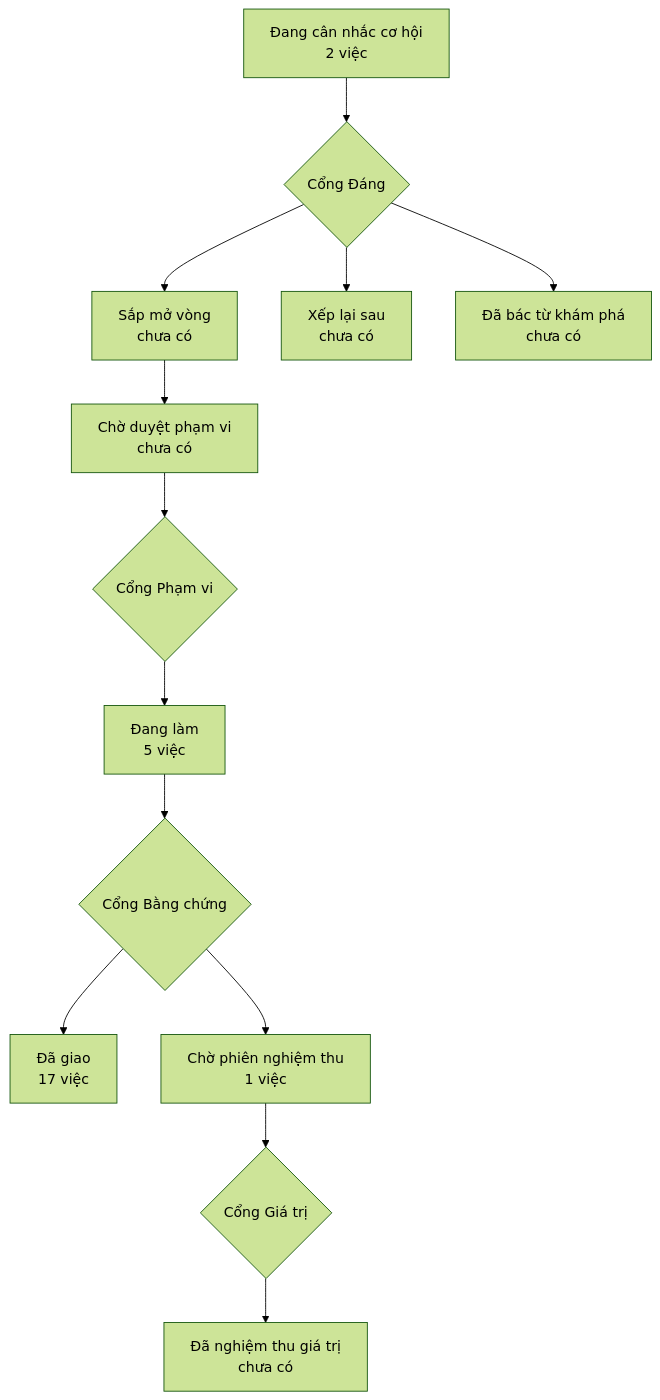
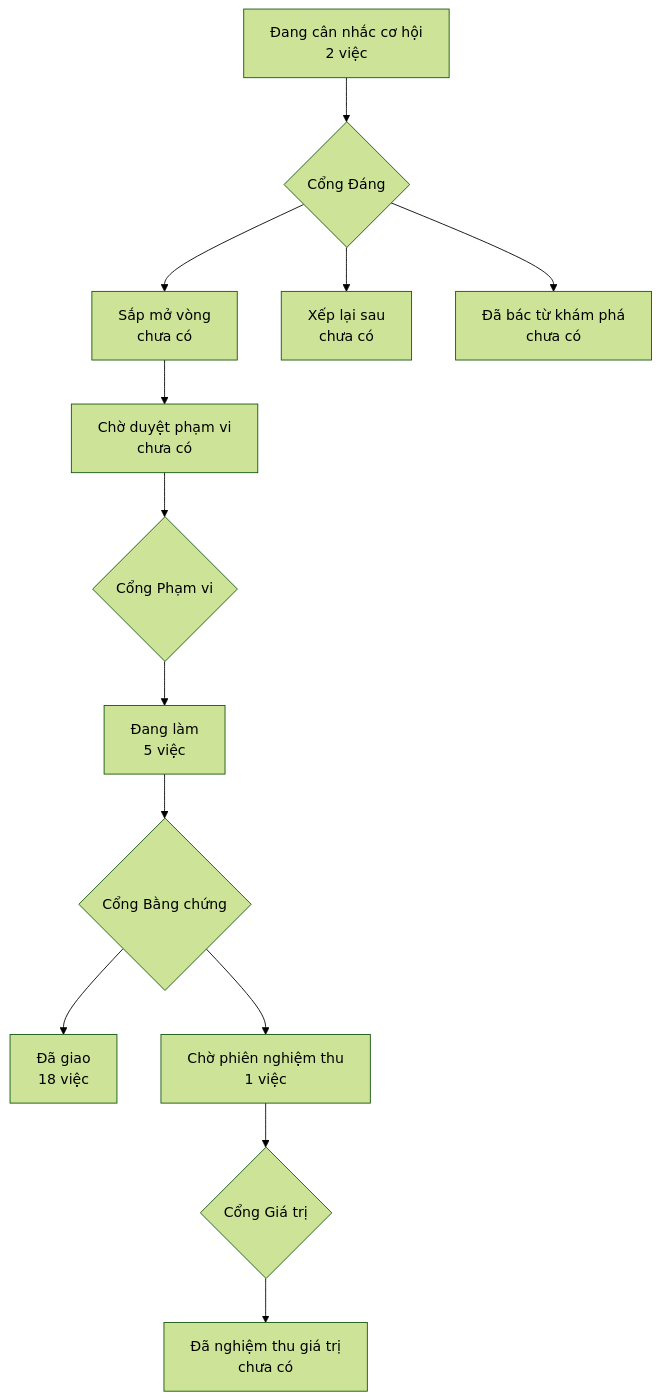
The diagram in PRODUCT-MAP.md (phanlemanh/crm-onehub), drawn with Mermaid (forest theme) before and after one commit. The commit also changed 3 other files, not shown here.

````diff
--- a/PRODUCT-MAP.md
+++ b/PRODUCT-MAP.md
@@ -6,12 +6,12 @@
 ```mermaid
 flowchart TD
   A["Đang cân nhắc cơ hội<br/>2 việc"] --> GD{"Cổng Đáng"}
   GD --> B["Sắp mở vòng<br/>chưa có"]
   GD --> XL["Xếp lại sau<br/>chưa có"]
   GD --> DB["Đã bác từ khám phá<br/>chưa có"]
   B --> CD["Chờ duyệt phạm vi<br/>chưa có"] --> GP{"Cổng Phạm vi"}
   GP --> DL["Đang làm<br/>5 việc"] --> GB{"Cổng Bằng chứng"}
-  GB --> DG["Đã giao<br/>17 việc"]
+  GB --> DG["Đã giao<br/>18 việc"]
   GB --> CN["Chờ phiên nghiệm thu<br/>1 việc"] --> GG{"Cổng Giá trị"}
   GG --> NT["Đã nghiệm thu giá trị<br/>chưa có"]
 ```
````
